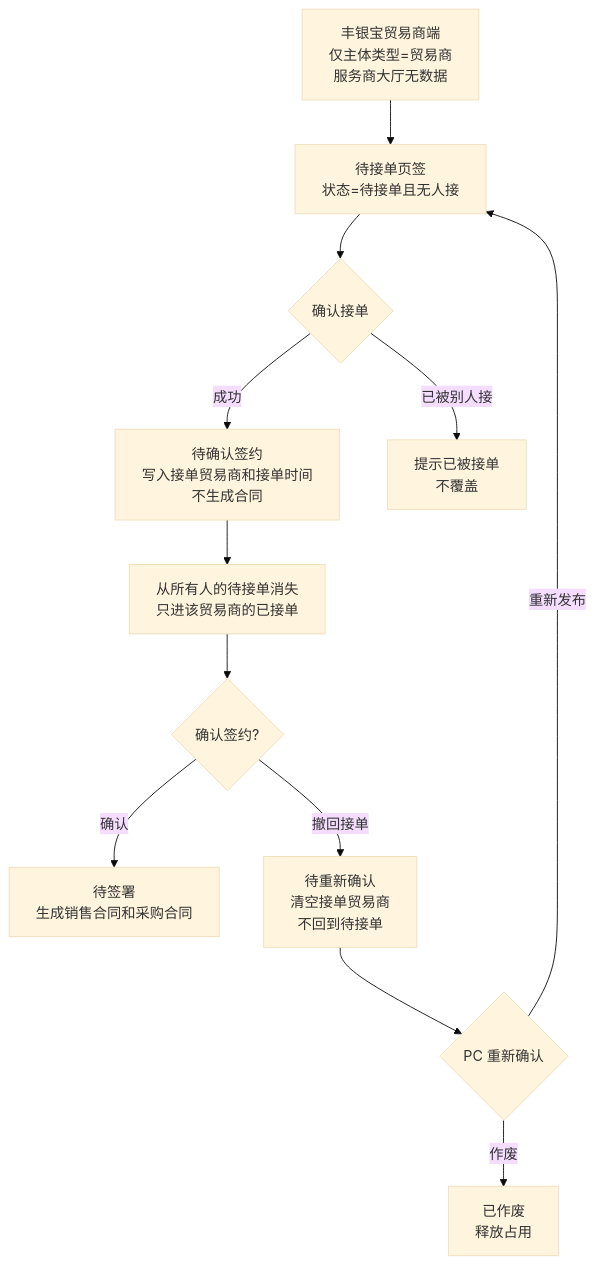
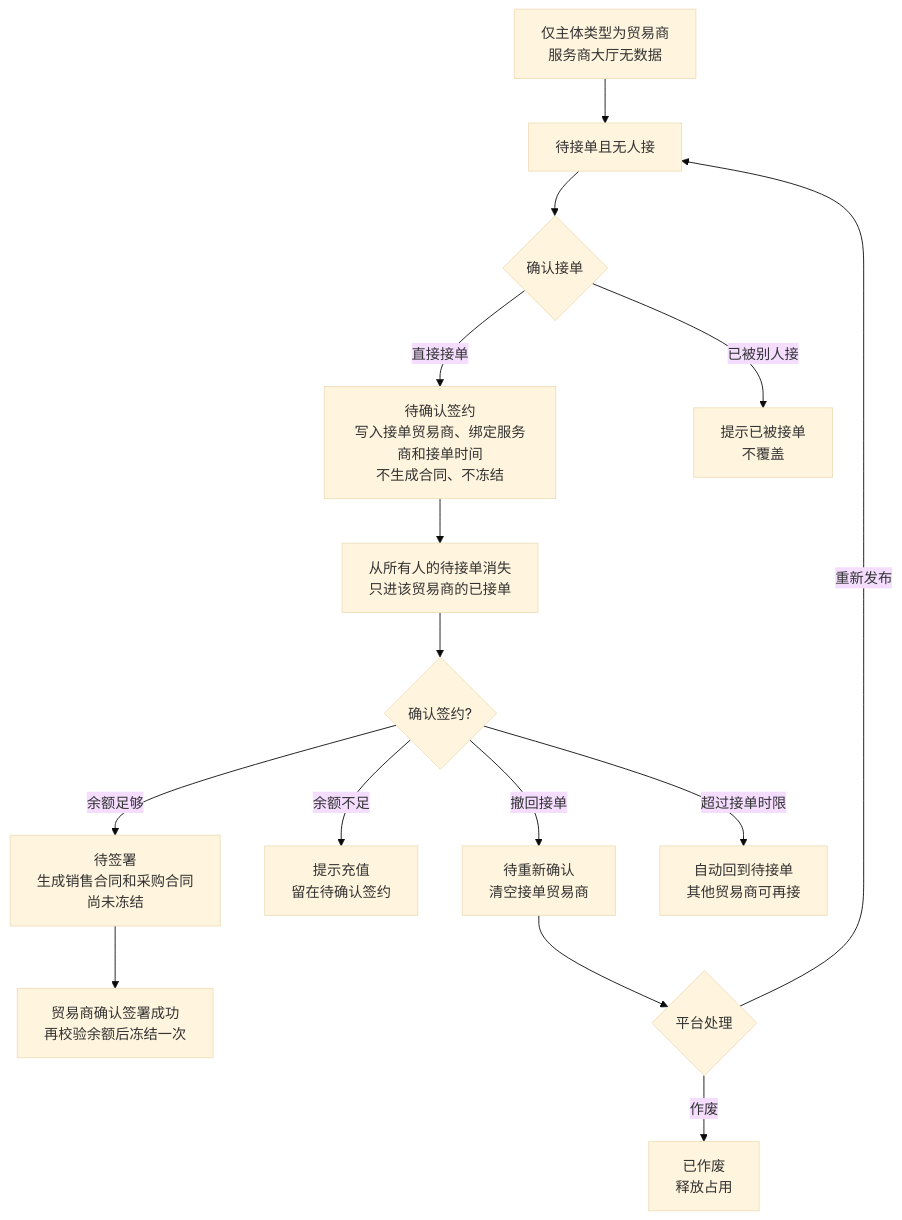
The sixth of 8 diagrams in RBT/docs/1-整体业务流程图.md (342-droid/LFerp), drawn with Mermaid (base theme) before and after one commit. The commit also changed other lines of this file and 42 other files, not shown here.

````diff
--- a/RBT/docs/1-整体业务流程图.md
+++ b/RBT/docs/1-整体业务流程图.md
@@ -151,14 +184,17 @@
 ```mermaid
 flowchart TB
-  T0[丰银宝贸易商端<br/>仅主体类型=贸易商<br/>服务商大厅无数据] --> T1[待接单页签<br/>状态=待接单且无人接]
+  T0[仅主体类型为贸易商<br/>服务商大厅无数据] --> T1[待接单且无人接]
   T1 --> T2{确认接单}
-  T2 -->|成功| T3[待确认签约<br/>写入接单贸易商和接单时间<br/>不生成合同]
+  T2 -->|直接接单| T3[待确认签约<br/>写入接单贸易商、绑定服务商和接单时间<br/>不生成合同、不冻结]
   T2 -->|已被别人接| T4[提示已被接单<br/>不覆盖]
   T3 --> T5[从所有人的待接单消失<br/>只进该贸易商的已接单]
   T5 --> T6{确认签约?}
-  T6 -->|确认| T7[待签署<br/>生成销售合同和采购合同]
-  T6 -->|撤回接单| T8[待重新确认<br/>清空接单贸易商<br/>不回到待接单]
-  T8 --> T9{PC 重新确认}
+  T6 -->|余额足够| T7[待签署<br/>生成销售合同和采购合同<br/>尚未冻结]
+  T6 -->|余额不足| T6a[提示充值<br/>留在待确认签约]
+  T6 -->|撤回接单| T8[待重新确认<br/>清空接单贸易商]
+  T6 -->|超过接单时限| T1b[自动回到待接单<br/>其他贸易商可再接]
+  T7 --> T7b[贸易商确认签署成功<br/>再校验余额后冻结一次]
+  T8 --> T9{平台处理}
   T9 -->|重新发布| T1
   T9 -->|作废| T10[已作废<br/>释放占用]
 ```
````
